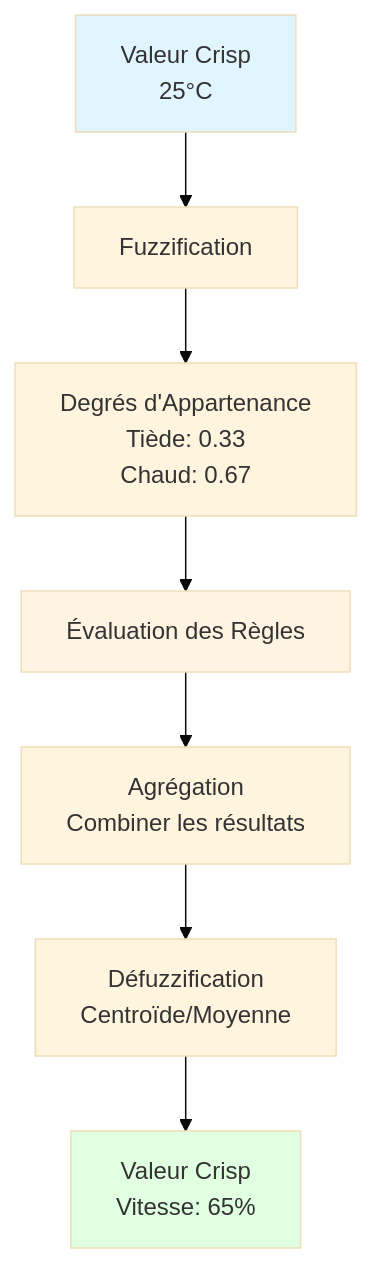
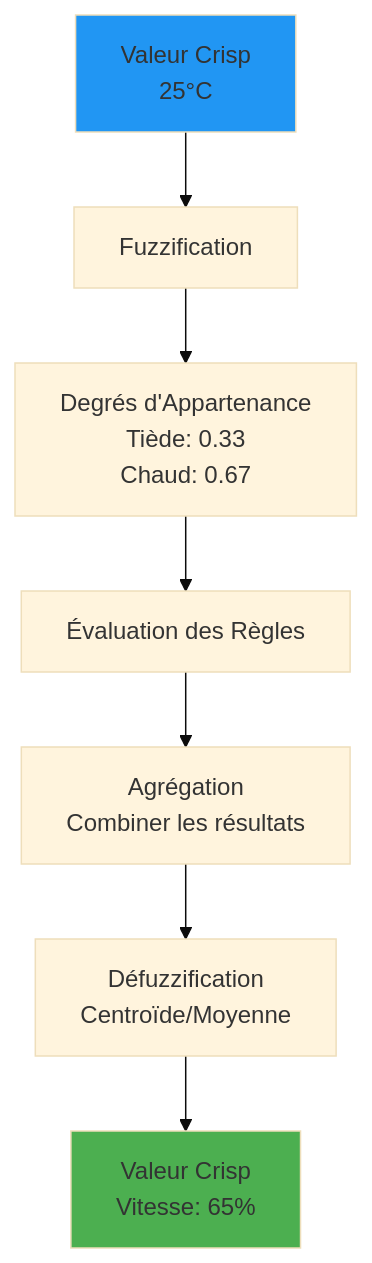
One commit to VBlackJack/ShellBook changed the diagram in docs/ai/fuzzy-logic.md. Above: the diagram before and after it, drawn with Mermaid (base theme). The commit also changed other lines of this file and 337 other files, not shown here.

First line of the commit message:
refactor(docs): Standardize code blocks and Mermaid colors

````diff
--- a/docs/ai/fuzzy-logic.md
+++ b/docs/ai/fuzzy-logic.md
@@ -128,13 +128,13 @@
 ```mermaid
 graph TB
     A[Valeur Crisp<br/>25°C] --> B[Fuzzification]
     B --> C[Degrés d'Appartenance<br/>Tiède: 0.33<br/>Chaud: 0.67]
     C --> D[Évaluation des Règles]
     D --> E[Agrégation<br/>Combiner les résultats]
     E --> F[Défuzzification<br/>Centroïde/Moyenne]
     F --> G[Valeur Crisp<br/>Vitesse: 65%]
 
-    style A fill:#e1f5ff
-    style G fill:#e1ffe1
-    style D fill:#fff4e1
+    style A fill:#2196F3
+    style G fill:#4CAF50
+    style D fill:#FF9800800800
 ```
````
